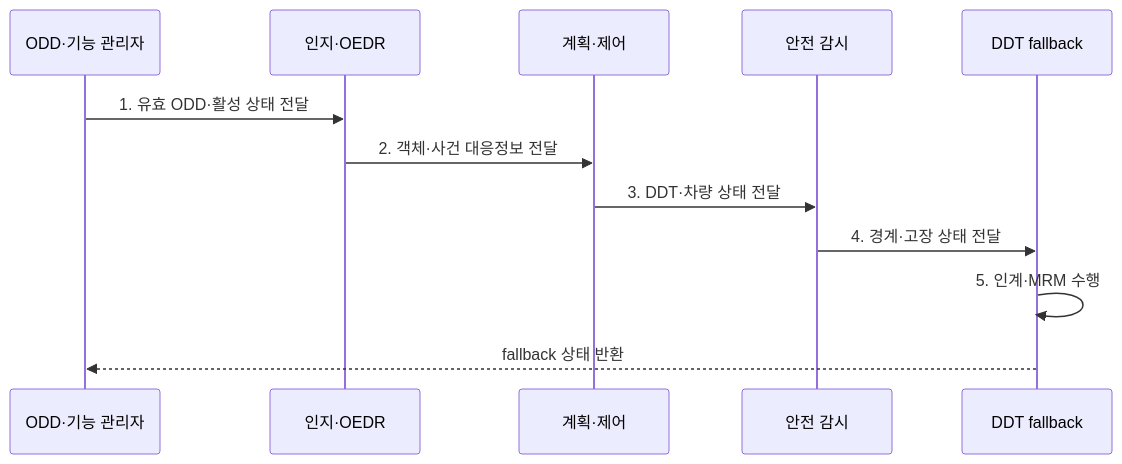
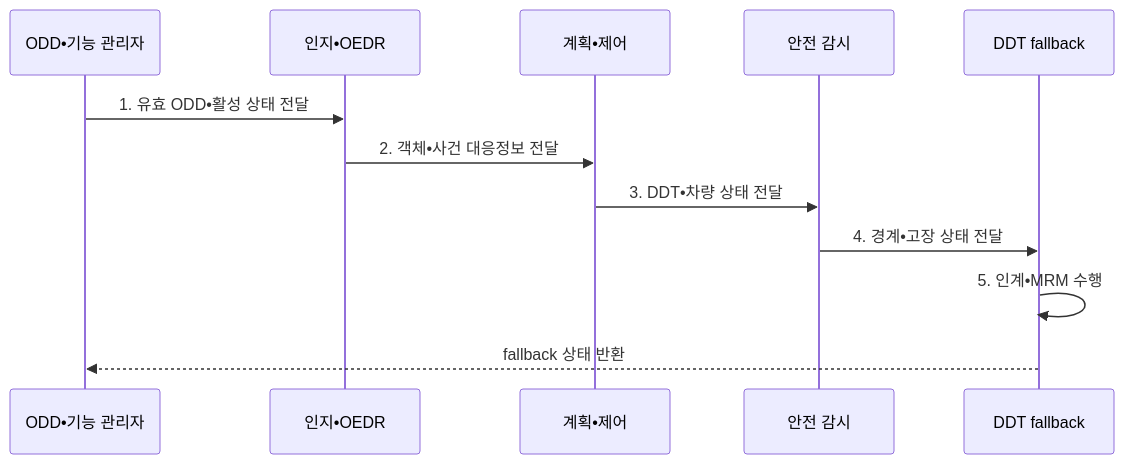
Before and after one commit to agnusdei1207/knowledge-base: the second of 2 diagrams in src/content/docs/notes/08-latest-tech/209_ads_automated_driving_system.md, drawn with Mermaid. The commit also changed other lines of this file and 953 other files, not shown here.

````diff
--- a/src/content/docs/notes/08-latest-tech/209_ads_automated_driving_system.md
+++ b/src/content/docs/notes/08-latest-tech/209_ads_automated_driving_system.md
@@ -104,14 +104,14 @@
 ```mermaid
 sequenceDiagram
-    participant O as ODD·기능 관리자
-    participant P as 인지·OEDR
-    participant C as 계획·제어
+    participant O as ODD•기능 관리자
+    participant P as 인지•OEDR
+    participant C as 계획•제어
     participant S as 안전 감시
     participant F as DDT fallback
-    O->>P: 1. 유효 ODD·활성 상태 전달
-    P->>C: 2. 객체·사건 대응정보 전달
-    C->>S: 3. DDT·차량 상태 전달
-    S->>F: 4. 경계·고장 상태 전달
-    F->>F: 5. 인계·MRM 수행
+    O->>P: 1. 유효 ODD•활성 상태 전달
+    P->>C: 2. 객체•사건 대응정보 전달
+    C->>S: 3. DDT•차량 상태 전달
+    S->>F: 4. 경계•고장 상태 전달
+    F->>F: 5. 인계•MRM 수행
     F-->>O: fallback 상태 반환
 ```
````
